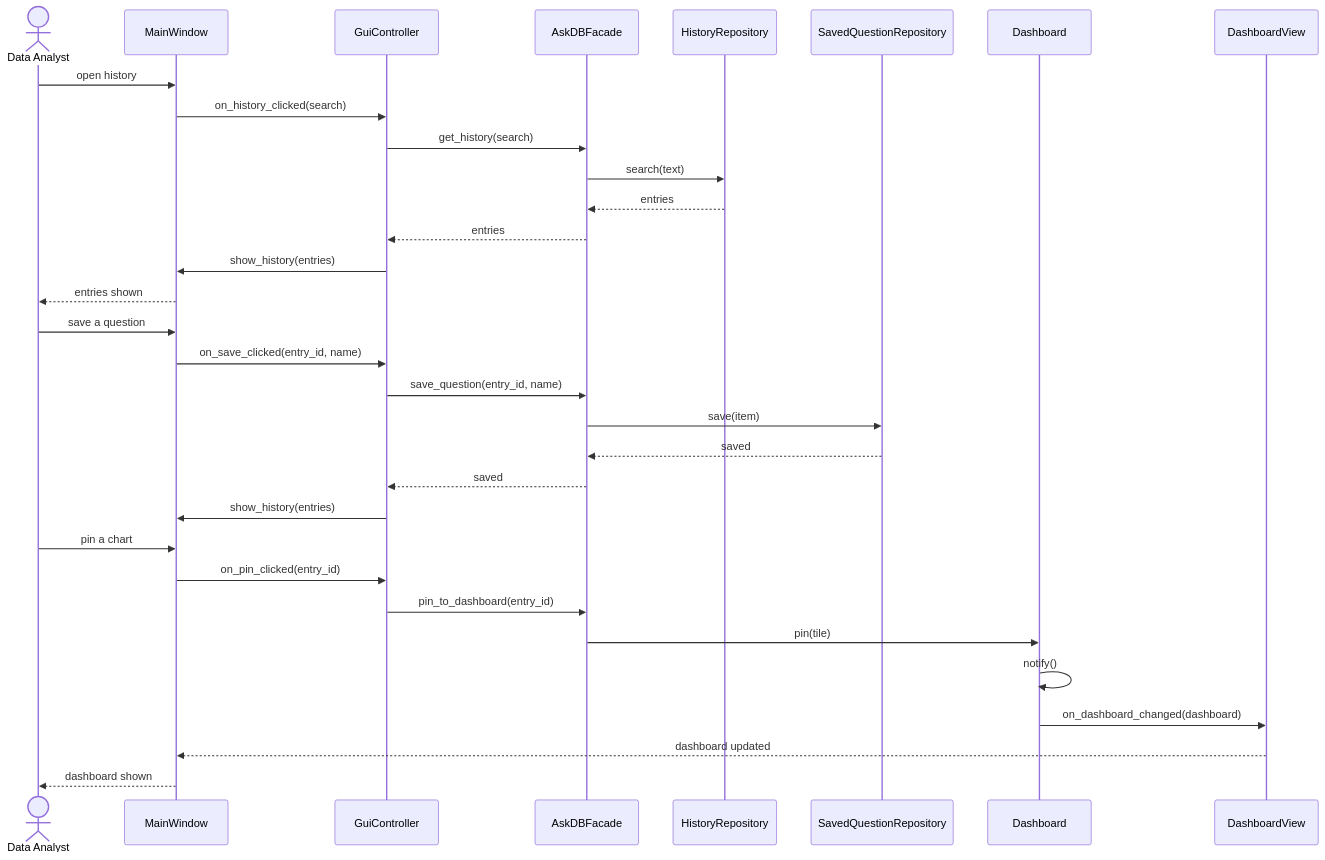
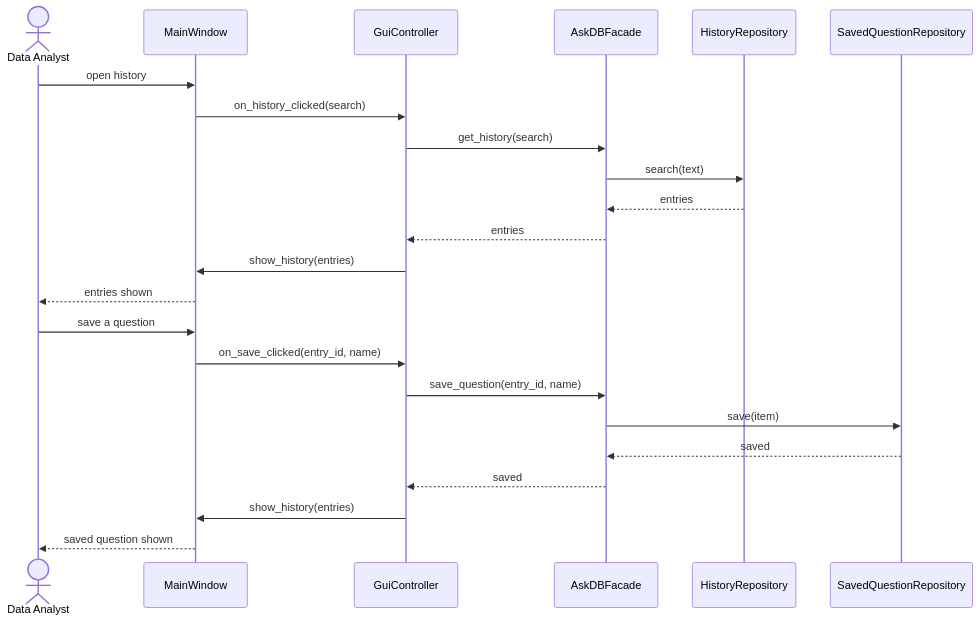
Diagram 12 of 13 in docs/Stage1_Design_Report.md (krishi-shah/AskDB-Data-Analyst-Agent), drawn with Mermaid before and after one commit. The commit also changed other lines of this file, not shown here.

````diff
--- a/docs/Stage1_Design_Report.md
+++ b/docs/Stage1_Design_Report.md
@@ -1275,35 +1151,26 @@
 ```mermaid
 sequenceDiagram
     actor A as Data Analyst
     participant MW as MainWindow
     participant GC as GuiController
     participant F as AskDBFacade
     participant HR as HistoryRepository
     participant SQ as SavedQuestionRepository
-    participant D as Dashboard
-    participant DV as DashboardView
 
     A->>MW: open history
     MW->>GC: on_history_clicked(search)
     GC->>F: get_history(search)
     F->>HR: search(text)
     HR-->>F: entries
     F-->>GC: entries
     GC->>MW: show_history(entries)
     MW-->>A: entries shown
     A->>MW: save a question
     MW->>GC: on_save_clicked(entry_id, name)
     GC->>F: save_question(entry_id, name)
     F->>SQ: save(item)
     SQ-->>F: saved
     F-->>GC: saved
     GC->>MW: show_history(entries)
-    A->>MW: pin a chart
-    MW->>GC: on_pin_clicked(entry_id)
-    GC->>F: pin_to_dashboard(entry_id)
-    F->>D: pin(tile)
-    D->>D: notify()
-    D->>DV: on_dashboard_changed(dashboard)
-    DV-->>MW: dashboard updated
-    MW-->>A: dashboard shown
+    MW-->>A: saved question shown
 ```
````
